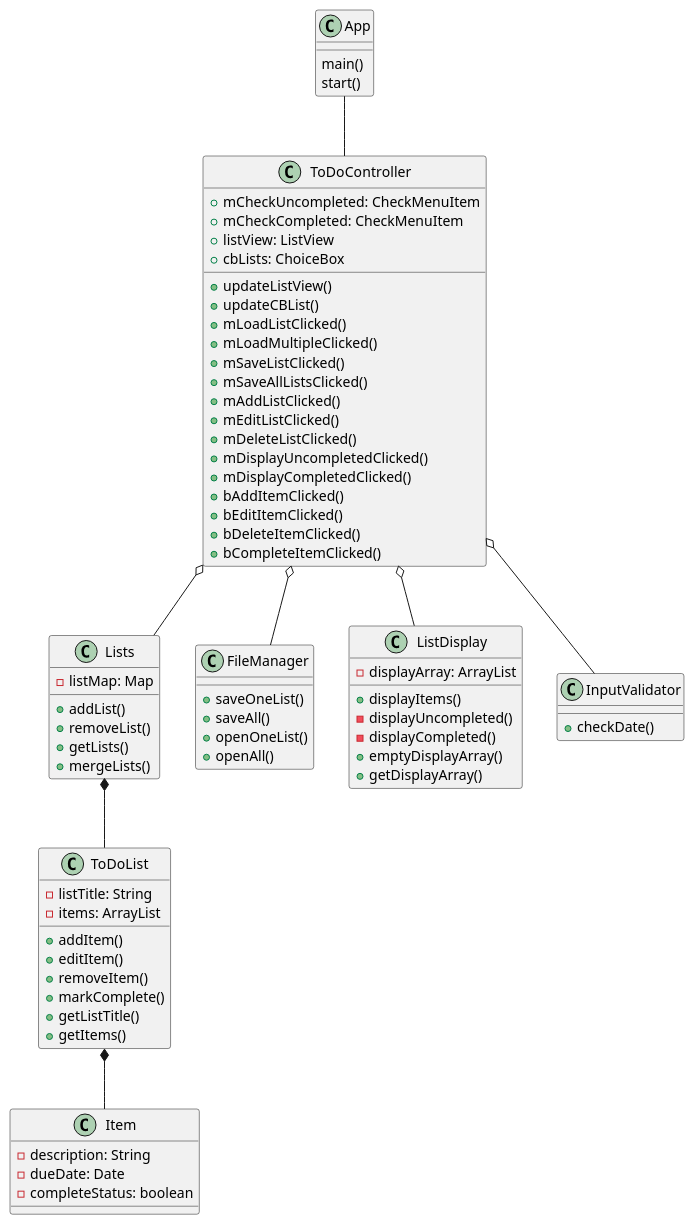
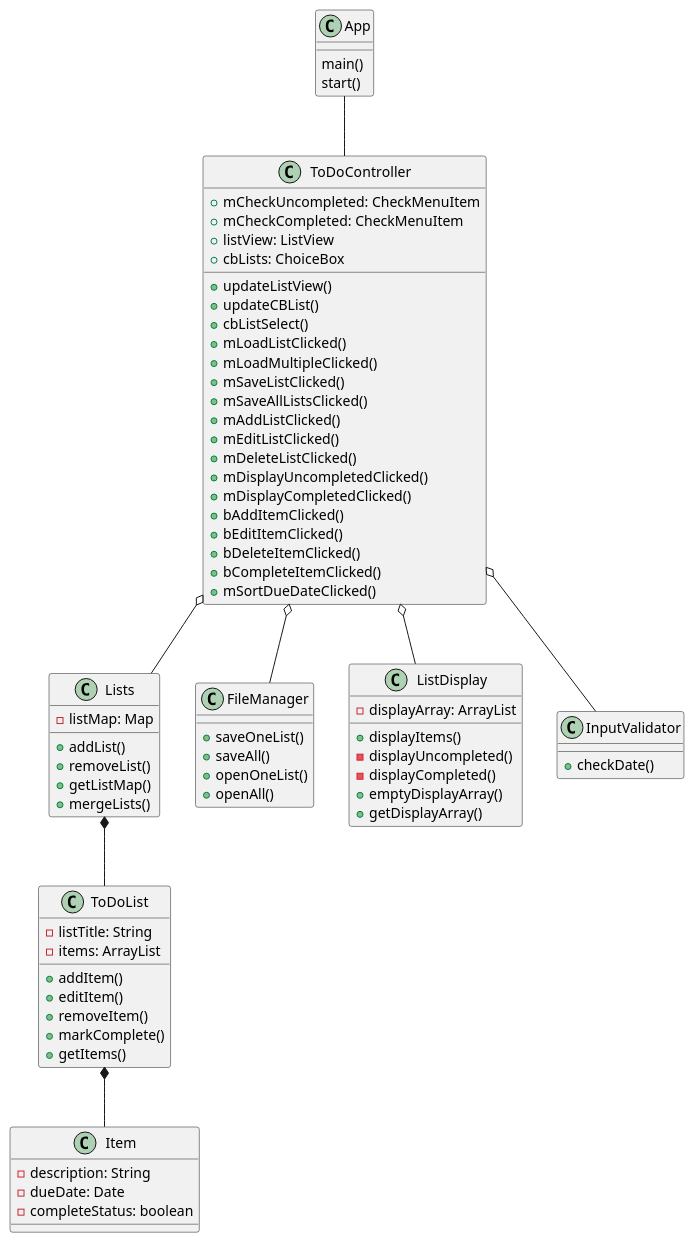
Before and after one commit to kingraham228/Ingraham-cop3330-assignment4: the diagram in uml/ToDoList.puml, drawn with PlantUML. The commit also changed 7 other files, not shown here.

```diff
--- a/uml/ToDoList.puml
+++ b/uml/ToDoList.puml
@@ -1,84 +1,85 @@
 @startuml
 class Item{
 -description: String
 -dueDate: Date
 -completeStatus: boolean
 }
 
 class ToDoList{
 -listTitle: String
 -items: ArrayList
 +addItem()
 +editItem()
 +removeItem()
 +markComplete()
-+getListTitle()
 +getItems()
 }
 
 class Lists{
 -listMap: Map
 +addList()
 +removeList()
-+getLists()
++getListMap()
 +mergeLists()
 }
 
 class FileManager{
 +saveOneList()
 +saveAll()
 +openOneList()
 +openAll()
 }
 
 class ListDisplay{
 -displayArray: ArrayList
 +displayItems()
 -displayUncompleted()
 -displayCompleted()
 +emptyDisplayArray()
 +getDisplayArray()
 }
 
 class ToDoController{
 +mCheckUncompleted: CheckMenuItem
 +mCheckCompleted: CheckMenuItem
 +listView: ListView
 +cbLists: ChoiceBox
 +updateListView()
 +updateCBList()
++cbListSelect()
 +mLoadListClicked()
 +mLoadMultipleClicked()
 +mSaveListClicked()
 +mSaveAllListsClicked()
 +mAddListClicked()
 +mEditListClicked()
 +mDeleteListClicked()
 +mDisplayUncompletedClicked()
 +mDisplayCompletedClicked()
 +bAddItemClicked()
 +bEditItemClicked()
 +bDeleteItemClicked()
 +bCompleteItemClicked()
++mSortDueDateClicked()
 }
 
 class App{
 main()
 start()
 }
 
 class InputValidator{
 +checkDate()
 }
 
 
 
 
 App -- ToDoController
 ToDoController o-- Lists
 ToDoController o-- ListDisplay
 ToDoController o-- FileManager
 ToDoController o-- InputValidator
 Lists *-- ToDoList
 ToDoList *-- Item
 @enduml
```
